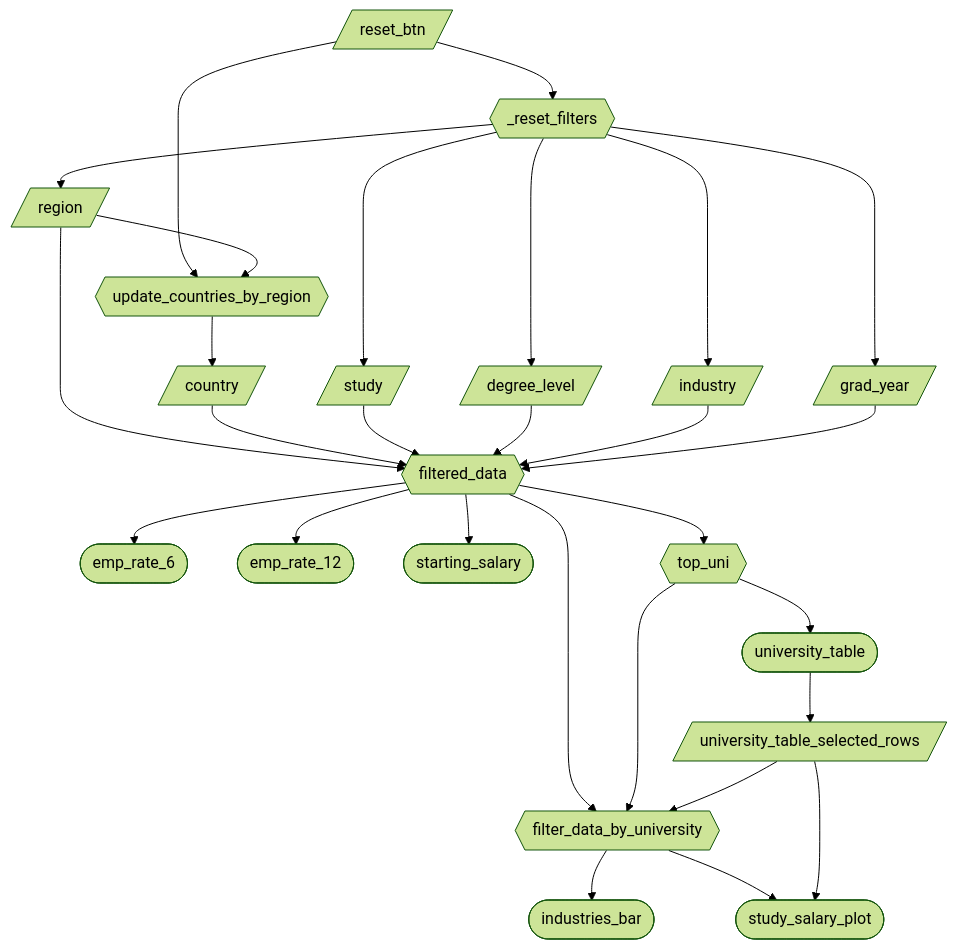
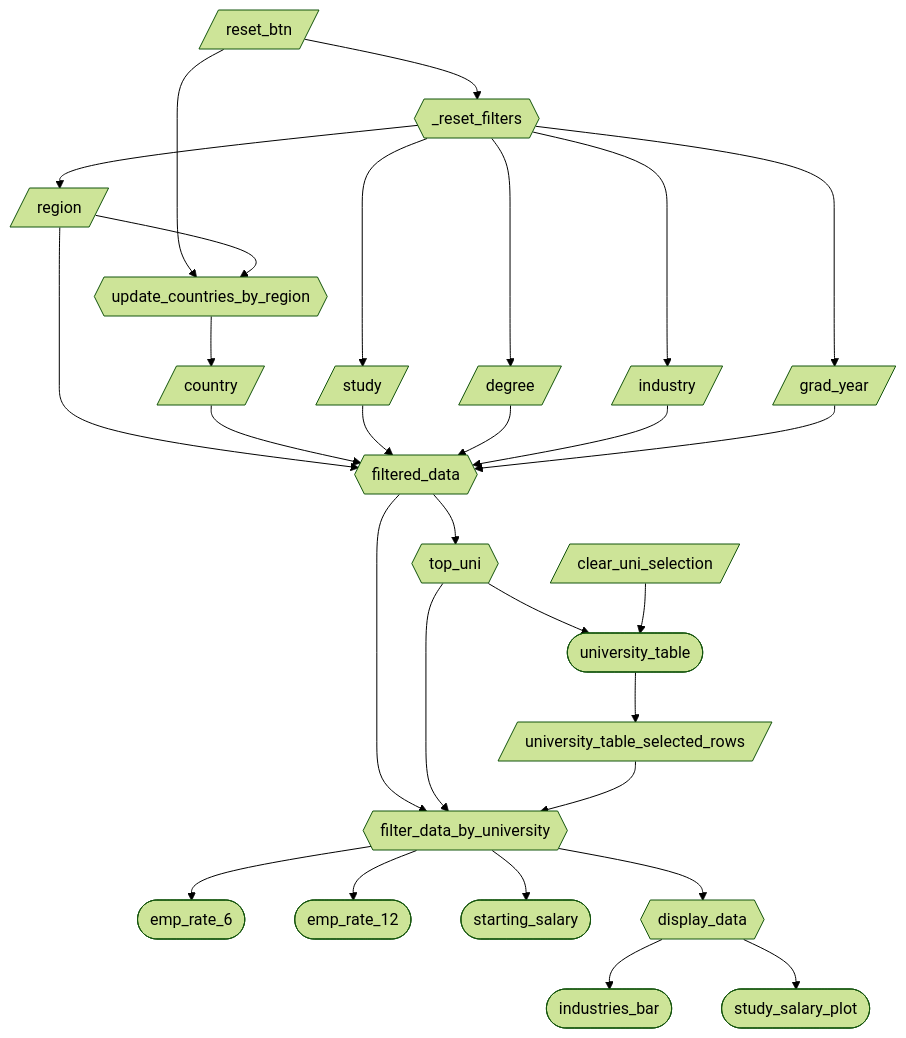
Before and after one commit to UBC-MDS/DSCI-532_2026_12_GradSkills: the diagram in reports/m2_spec.md, drawn with Mermaid (forest theme). The commit also changed other lines of this file and 5 other files, not shown here.

````diff
--- a/reports/m2_spec.md
+++ b/reports/m2_spec.md
@@ -40,17 +47,19 @@
 ```mermaid
 flowchart TD
-  region[/region/] & country[/country/] & study[/study/] & degree_level[/degree_level/] & industry[/industry/] & grad_year[/grad_year/] --> filtered_data{{filtered_data}}
+  region[/region/] & country[/country/] & study[/study/] & degree[/degree/] & industry[/industry/] & grad_year[/grad_year/] --> filtered_data{{filtered_data}}
 
   reset_btn[/reset_btn/] --> _reset_filters{{_reset_filters}}
-  reset_btn[/reset_btn/] --> update_countries_by_region{{update_countries_by_region}}
-  region[/region/] --> update_countries_by_region
-  _reset_filters --> region & study & industry & grad_year & degree_level
+  reset_btn --> update_countries_by_region{{update_countries_by_region}}
+  region --> update_countries_by_region
+  _reset_filters --> region & study & degree & industry & grad_year
   update_countries_by_region --> country
 
-  filtered_data --> emp_rate_6([emp_rate_6]) & emp_rate_12([emp_rate_12]) & starting_salary([starting_salary]) & top_uni{{top_uni}}
-  top_uni --> university_table([university_table]) --> university_table_selected_rows[/university_table_selected_rows/]
+  filtered_data --> top_uni{{top_uni}}
+  top_uni --> university_table([university_table])
+  clear_uni_selection[/clear_uni_selection/] --> university_table
+  university_table --> university_table_selected_rows[/university_table_selected_rows/]
 
   filtered_data & top_uni & university_table_selected_rows --> filter_data_by_university{{filter_data_by_university}}
-  filter_data_by_university --> industries_bar([industries_bar]) & study_salary_plot([study_salary_plot])
-  university_table_selected_rows --> study_salary_plot
+  filter_data_by_university --> emp_rate_6([emp_rate_6]) & emp_rate_12([emp_rate_12]) & starting_salary([starting_salary]) & display_data{{display_data}}
+  display_data --> industries_bar([industries_bar]) & study_salary_plot([study_salary_plot])
 ```
````
